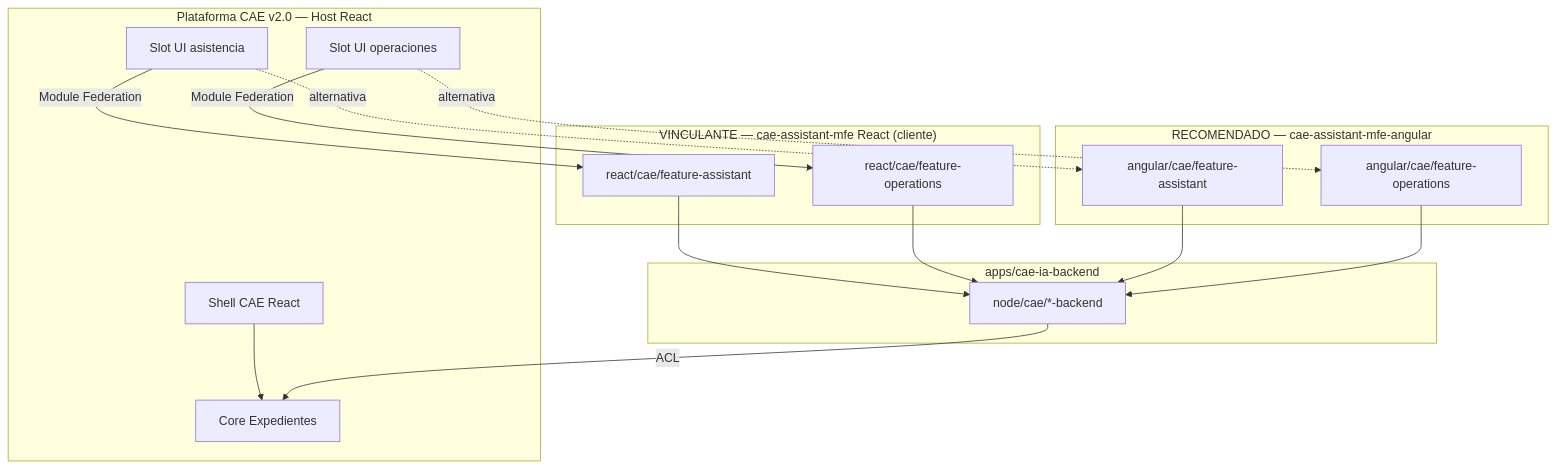
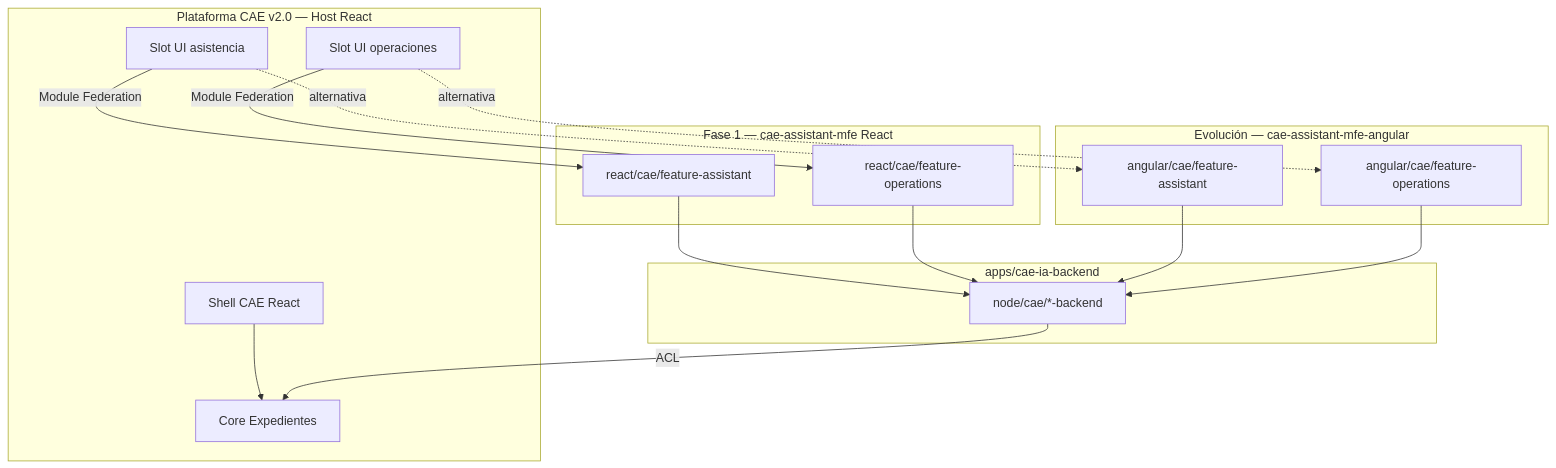
Before and after one commit to angelnietos/erp: the third of 8 diagrams in caedocs/ESPECIFICACION-FUNCIONAL-v3.0.md, drawn with Mermaid. The commit also changed other lines of this file and 9 other files, not shown here.

````diff
--- a/caedocs/ESPECIFICACION-FUNCIONAL-v3.0.md
+++ b/caedocs/ESPECIFICACION-FUNCIONAL-v3.0.md
@@ -443,31 +444,31 @@
 ```mermaid
 flowchart TB
     subgraph CAE["Plataforma CAE v2.0 — Host React"]
         H["Shell CAE React"]
         EXP["Core Expedientes"]
         S1["Slot UI asistencia"]
         S2["Slot UI operaciones"]
     end
 
-    subgraph MFE_R["VINCULANTE — cae-assistant-mfe React (cliente)"]
+    subgraph MFE_R["Fase 1 — cae-assistant-mfe React"]
         R_FA["react/cae/feature-assistant"]
         R_FO["react/cae/feature-operations"]
     end
 
-    subgraph MFE_A["RECOMENDADO — cae-assistant-mfe-angular"]
+    subgraph MFE_A["Evolución — cae-assistant-mfe-angular"]
         A_FA["angular/cae/feature-assistant"]
         A_FO["angular/cae/feature-operations"]
     end
 
     subgraph BACK["apps/cae-ia-backend"]
         BE["node/cae/*-backend"]
     end
 
     H --> EXP
     S1 -->|Module Federation| R_FA
     S2 -->|Module Federation| R_FO
     S1 -.->|alternativa| A_FA
     S2 -.->|alternativa| A_FO
     R_FA & R_FO & A_FA & A_FO --> BE
     BE -->|ACL| EXP
 ```
````
